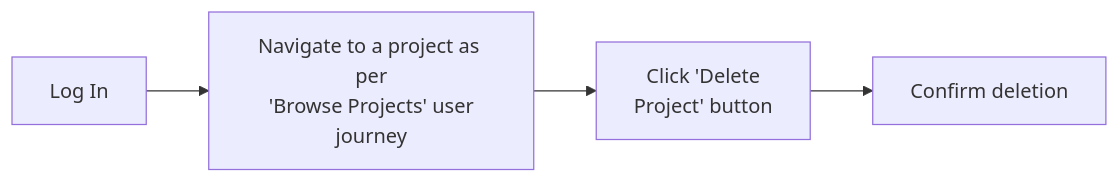
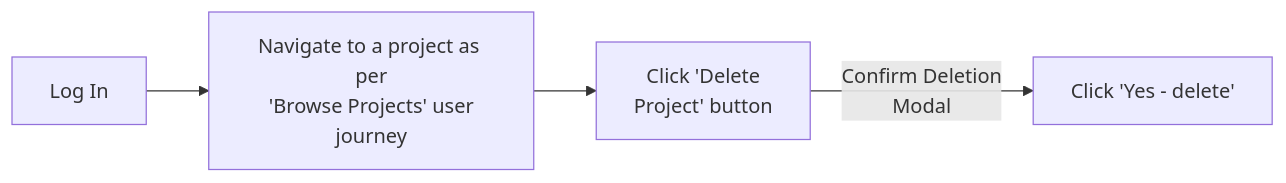
The ninth of 10 diagrams in README.md (EvitaKnits/hitch-hound), drawn with Mermaid before and after one commit. The commit also changed other lines of this file, not shown here.

Commit message:
Tweak user journey diagrams for accuracy

````diff
--- a/README.md
+++ b/README.md
@@ -173,6 +181,6 @@
 ```mermaid
 flowchart LR
     A[Log In] --> B[Navigate to a project as per\n 'Browse Projects' user journey]
     B --> C[Click 'Delete\n Project' button]
-    C --> D[Confirm deletion]
+    C --> |Confirm Deletion \n Modal|D[Click 'Yes - delete']
 ```
````
